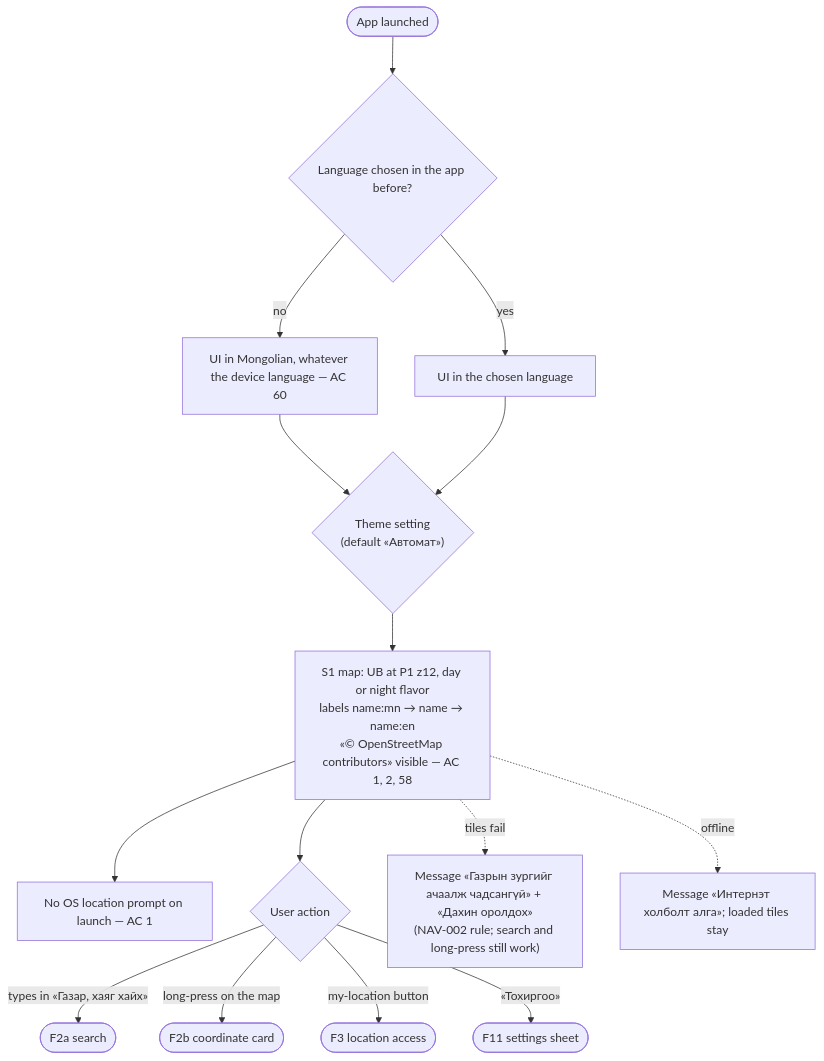
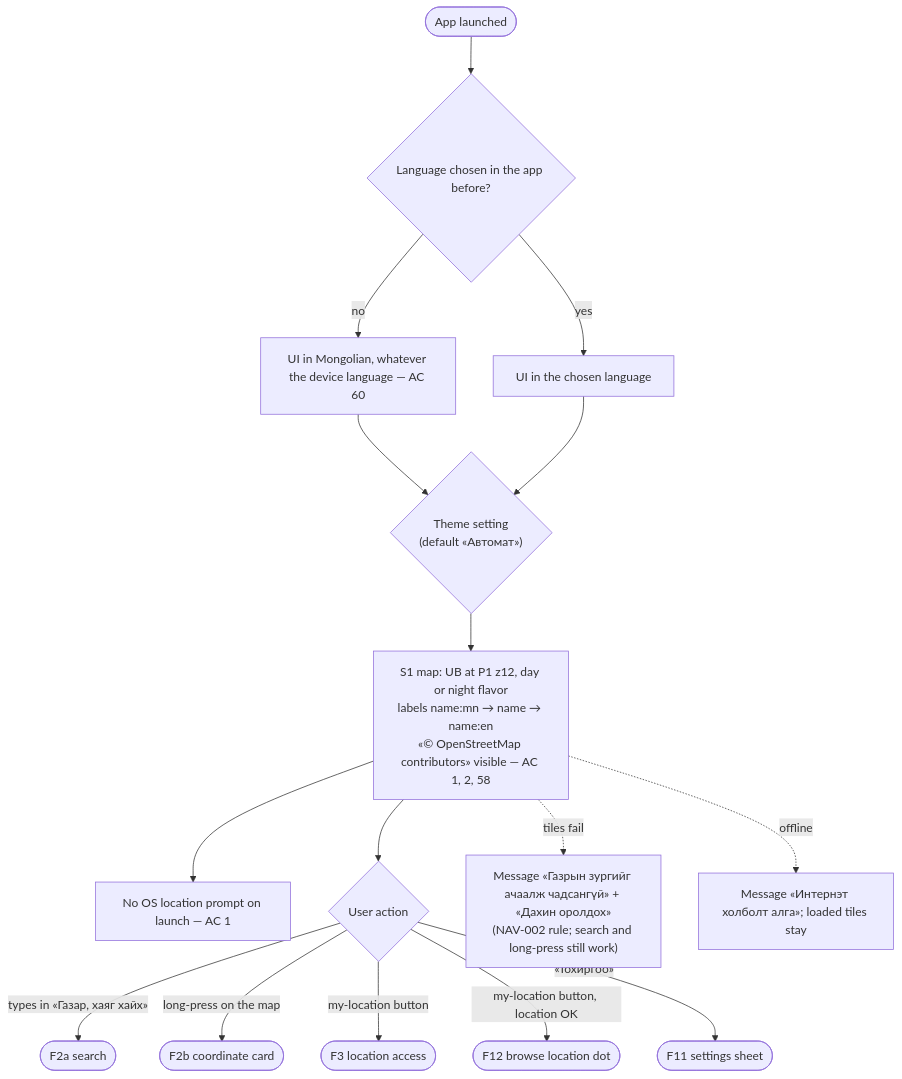
The first of 14 diagrams in docs/design/flows/NAV-005-android-navigation.md (Uranbold/test.github.io), drawn with Mermaid before and after one commit. The commit also changed other lines of this file and 16 other files, not shown here.

First line of the commit message:
Offline stories NAV-020..NAV-023 and PRD draft; NAV-005 location-dot design (map style, tokens, wireframe) and ADR-0009 amendment

````diff
--- a/docs/design/flows/NAV-005-android-navigation.md
+++ b/docs/design/flows/NAV-005-android-navigation.md
@@ -13,17 +14,18 @@
 ```mermaid
 flowchart TD
     A(["App launched"]) --> L{"Language chosen in the app before?"}
     L -- no --> MN["UI in Mongolian, whatever the device language — AC 60"]
     L -- yes --> SL["UI in the chosen language"]
     MN --> T
     SL --> T{"Theme setting<br/>(default «Автомат»)"}
     T --> M["S1 map: UB at P1 z12, day or night flavor<br/>labels name:mn → name → name:en<br/>«© OpenStreetMap contributors» visible — AC 1, 2, 58"]
     M --> NP["No OS location prompt on launch — AC 1"]
     M --> U{"User action"}
     U -- "types in «Газар, хаяг хайх»" --> F2S(["F2a search"])
     U -- "long-press on the map" --> F2C(["F2b coordinate card"])
     U -- "my-location button" --> F3(["F3 location access"])
+    U -- "my-location button, location OK" --> F12(["F12 browse location dot"])
     U -- "«Тохиргоо»" --> F11(["F11 settings sheet"])
     M -. "tiles fail" .-> TE["Message «Газрын зургийг ачаалж чадсангүй» + «Дахин оролдох»<br/>(NAV-002 rule; search and long-press still work)"]
     M -. "offline" .-> OF["Message «Интернэт холболт алга»; loaded tiles stay"]
 ```
````
